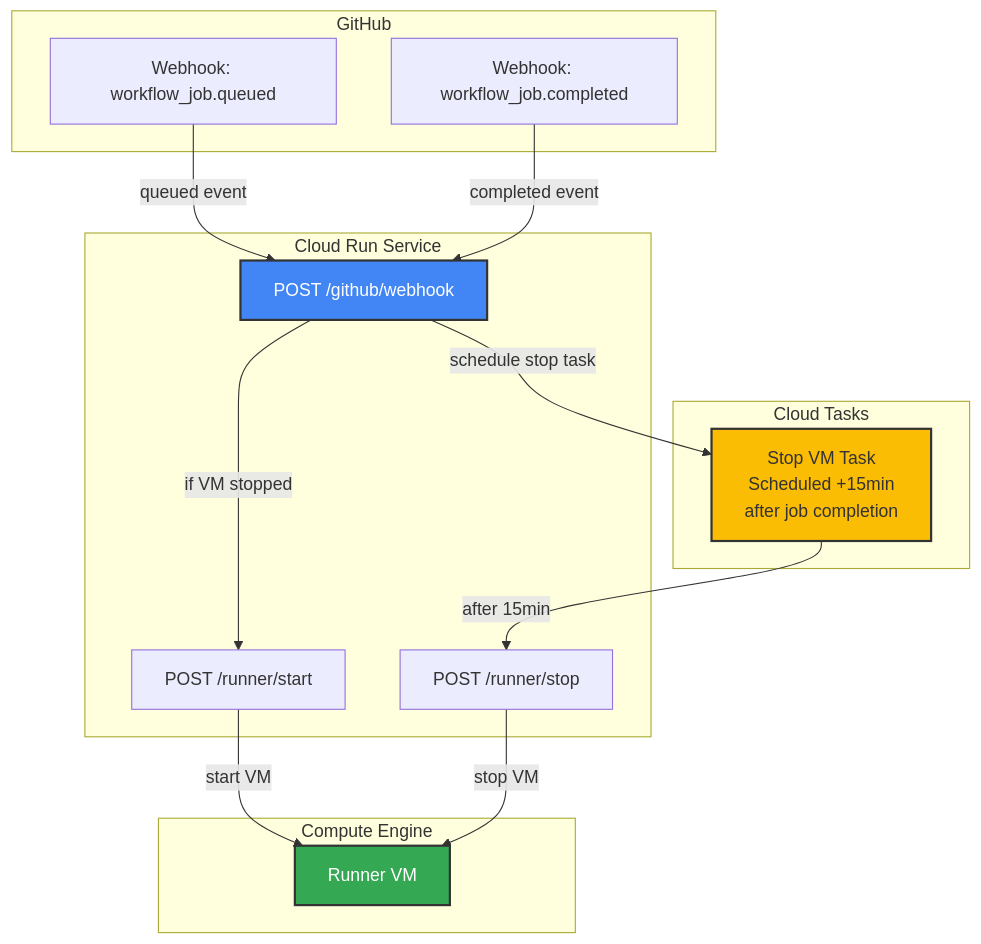
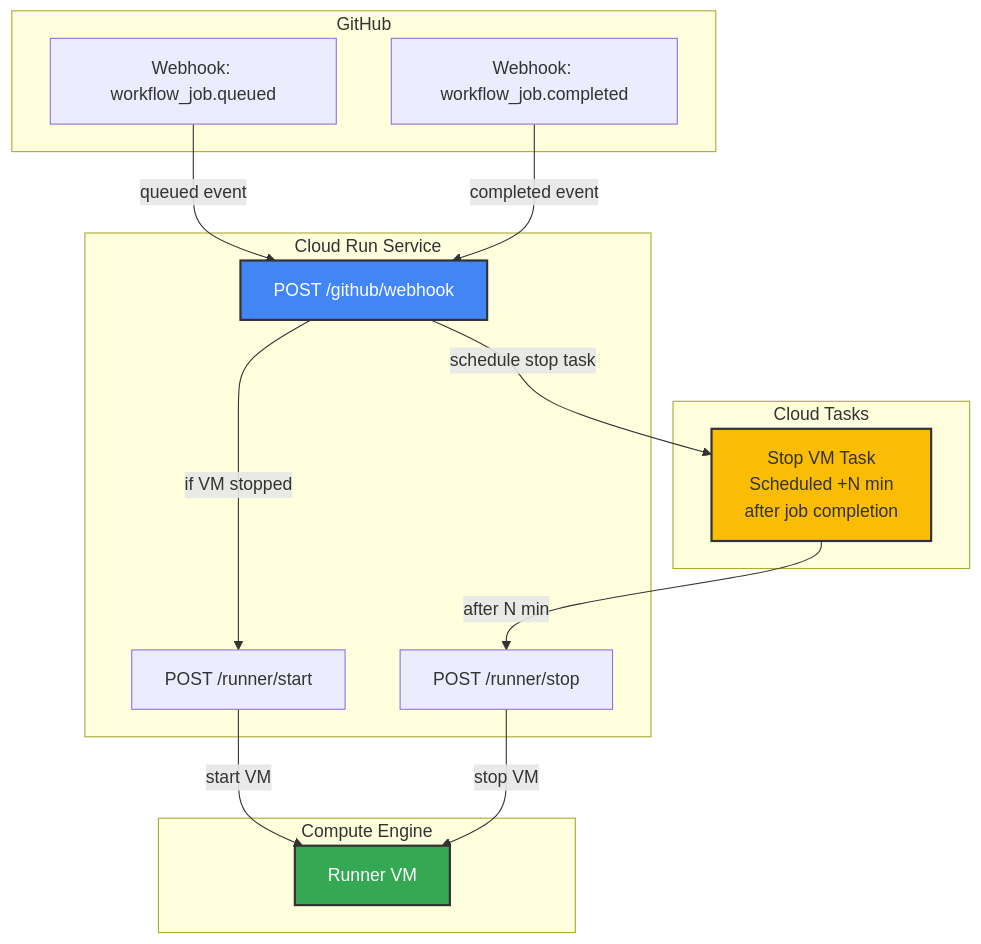
One commit to nakamasato/gha-vm-self-hosted-runner changed the first of 2 diagrams in app/runner-manager/README.md. Above: the diagram before and after it, drawn with Mermaid. The commit also changed other lines of this file, not shown here.

Commit message:
Change hardcoded time values to variable notation in diagrams
- Replace '15 minutes' with 'N minutes' in architecture diagram
- Replace '+15 minutes' with '+N minutes' in sequence diagram
- Makes diagrams generic and configurable via VM_INACTIVE_MINUTES

🤖 Generated with [Claude Code](https://claude.com/claude-code)

````diff
--- a/app/runner-manager/README.md
+++ b/app/runner-manager/README.md
@@ -15,33 +15,33 @@
 ```mermaid
 graph TB
     subgraph GitHub
         WH1[Webhook: workflow_job.queued]
         WH2[Webhook: workflow_job.completed]
     end
 
     subgraph "Cloud Run Service"
         EP1[POST /github/webhook]
         EP2[POST /runner/start]
         EP3[POST /runner/stop]
     end
 
     subgraph "Cloud Tasks"
-        CT[Stop VM Task<br/>Scheduled +15min<br/>after job completion]
+        CT[Stop VM Task<br/>Scheduled +N min<br/>after job completion]
     end
 
     subgraph "Compute Engine"
         VM[Runner VM]
     end
 
     WH1 -->|queued event| EP1
     WH2 -->|completed event| EP1
     EP1 -->|if VM stopped| EP2
     EP1 -->|schedule stop task| CT
     EP2 -->|start VM| VM
-    CT -->|after 15min| EP3
+    CT -->|after N min| EP3
     EP3 -->|stop VM| VM
 
     style EP1 fill:#4285f4,stroke:#333,stroke-width:2px,color:#fff
     style VM fill:#34a853,stroke:#333,stroke-width:2px,color:#fff
     style CT fill:#fbbc04,stroke:#333,stroke-width:2px
 ```
````
